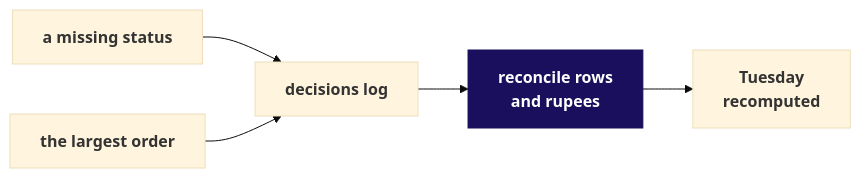
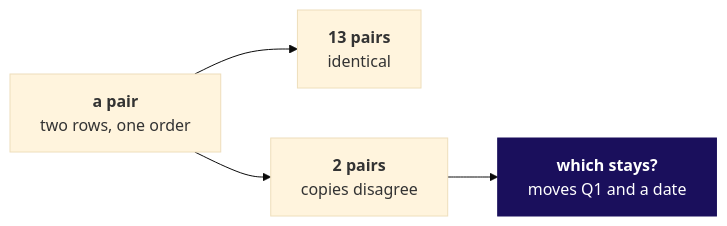
Before and after one commit to fde-academy-lab/c2-content-factory: the tenth of 19 diagrams in content/W01/D3/slides/C2_W01_D03_half1_STUDENT.md, drawn with Mermaid (base theme). The commit also changed other lines of this file and 10 other files, not shown here.

````diff
--- a/content/W01/D3/slides/C2_W01_D03_half1_STUDENT.md
+++ b/content/W01/D3/slides/C2_W01_D03_half1_STUDENT.md
@@ -631,9 +566,8 @@
 ```mermaid
 flowchart LR
-    M["<b>a missing status</b>"] --> D["<b>decisions log</b>"]
-    B["<b>the largest order</b>"] --> D
-    D --> R["<b>reconcile rows<br/>and rupees</b>"]
-    R --> T["<b>Tuesday<br/>recomputed</b>"]
+    P["<b>a pair</b><br/>two rows, one order"] --> E["<b>13 pairs</b><br/>identical"]
+    P --> D["<b>2 pairs</b><br/>copies disagree"]
+    D --> Q["<b>which stays?</b><br/>moves Q1 and a date"]
     classDef bet fill:#1A0F5C,stroke:#1A0F5C,color:#FFFFFF
-    class R bet
+    class Q bet
 ```
````
